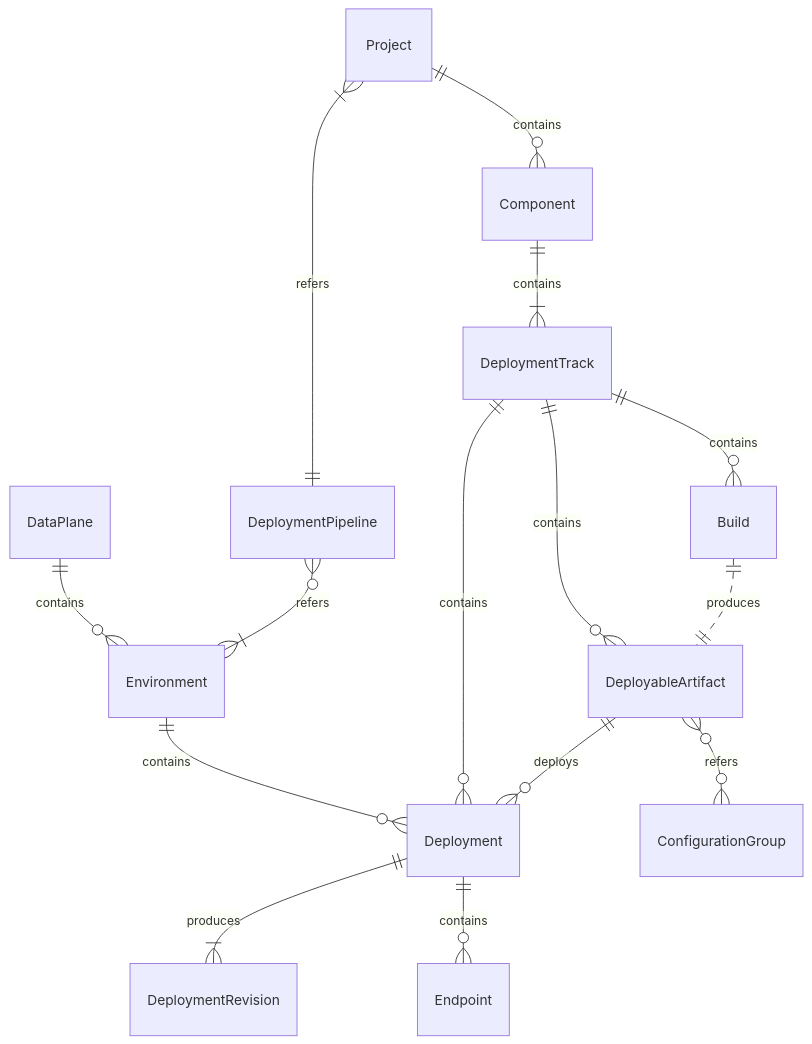
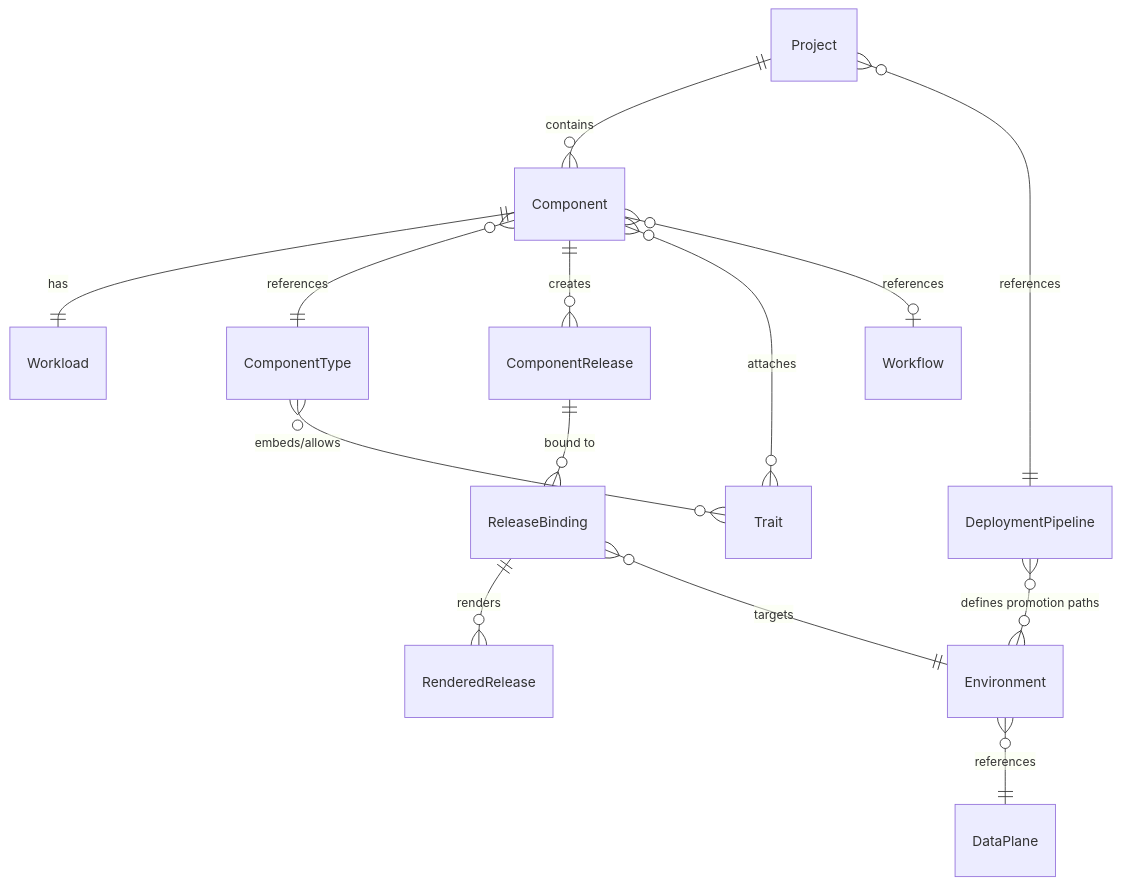
The diagram in docs/resource-kind-reference-guide.md (rashadism/openchoreo), drawn with Mermaid before and after one commit. The commit also changed other lines of this file and 3 other files, not shown here.

````diff
--- a/docs/resource-kind-reference-guide.md
+++ b/docs/resource-kind-reference-guide.md
@@ -43,18 +56,16 @@
 ```mermaid
 erDiagram
     Project ||--o{ Component : "contains"
-    Component ||--|{ DeploymentTrack : "contains"
-    DeploymentTrack ||--o{ Build : "contains"
-    Build ||..|| DeployableArtifact : "produces"
-    DeployableArtifact ||--o{ Deployment : "deploys"
-    DeploymentTrack ||--o{ DeployableArtifact : "contains"
-    DeployableArtifact }o--o{ ConfigurationGroup : "refers"
-    DeploymentTrack ||--o{ Deployment : "contains"
-
-    Project }|--|| DeploymentPipeline : "refers"
-    Environment ||--o{ Deployment: "contains"
-    DeploymentPipeline }o--|{ Environment : "refers"
-    DataPlane ||--o{ Environment : "contains"
-    Deployment ||--|{ DeploymentRevision : "produces"
-    Deployment ||--o{ Endpoint : "contains"
+    Component ||--|| Workload : "has"
+    Component }o--|| ComponentType : "references"
+    Component ||--o{ ComponentRelease : "creates"
+    ComponentRelease ||--o{ ReleaseBinding : "bound to"
+    ReleaseBinding ||--o{ RenderedRelease : "renders"
+    ReleaseBinding }o--|| Environment : "targets"
+    Environment }o--|| DataPlane : "references"
+    Project }o--|| DeploymentPipeline : "references"
+    DeploymentPipeline }o--o{ Environment : "defines promotion paths"
+    ComponentType }o--o{ Trait : "embeds/allows"
+    Component }o--o{ Trait : "attaches"
+    Component }o--o| Workflow : "references"
 ```
````
